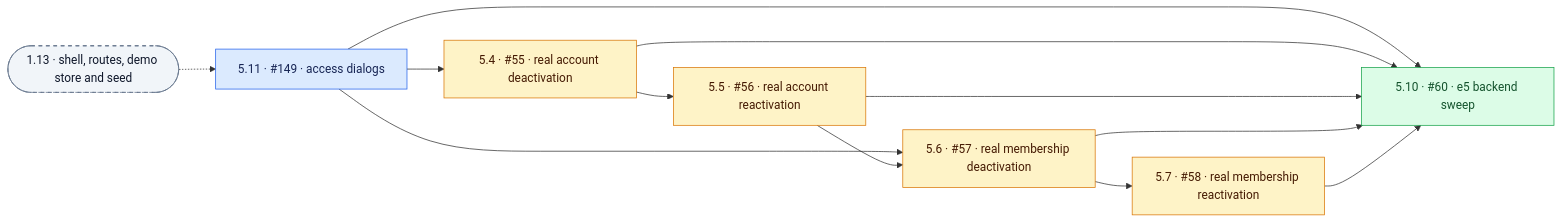
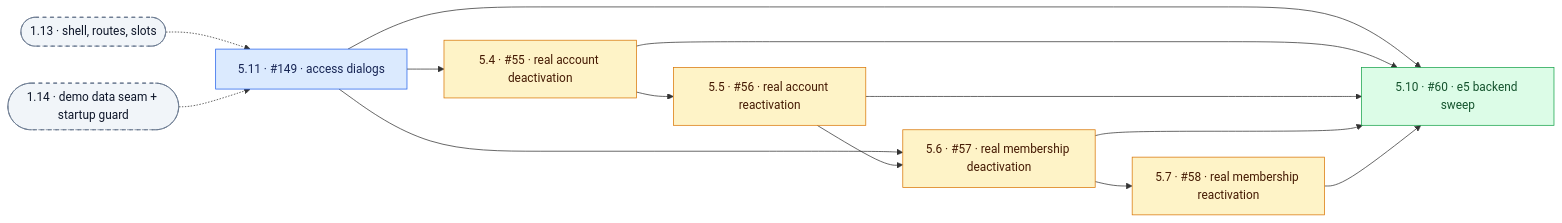
The seventh of 10 diagrams in _bmad-output/initiative-attendta/dependency-graphs-demo-first.md (skaarfundgandr/attendta), drawn with Mermaid before and after one commit. The commit also changed other lines of this file and 60 other files, not shown here.

````diff
--- a/_bmad-output/initiative-attendta/dependency-graphs-demo-first.md
+++ b/_bmad-output/initiative-attendta/dependency-graphs-demo-first.md
@@ -328,26 +358,28 @@
 ```mermaid
 flowchart LR
   t5_11["5.11 · #149 · access dialogs"]:::critical
   t5_4["5.4 · #55 · real account deactivation"]:::integration
   t5_5["5.5 · #56 · real account reactivation"]:::integration
   t5_6["5.6 · #57 · real membership deactivation"]:::integration
   t5_7["5.7 · #58 · real membership reactivation"]:::integration
   t5_10["5.10 · #60 · e5 backend sweep"]:::finale
-  xt1_13(["1.13 · shell, routes, demo store and seed"]):::ext
+  xt1_13(["1.13 · shell, routes, slots"]):::ext
+  xt1_14(["1.14 · demo data seam + startup guard"]):::ext
   xt1_13 -.-> t5_11
+  xt1_14 -.-> t5_11
   t5_11 --> t5_4
   t5_11 --> t5_6
   t5_11 --> t5_10
   t5_4 --> t5_5
   t5_4 --> t5_10
   t5_5 --> t5_6
   t5_5 --> t5_10
   t5_6 --> t5_7
   t5_6 --> t5_10
   t5_7 --> t5_10
   classDef critical fill:#dbeafe,stroke:#2563eb,color:#172554
   classDef polish fill:#ede9fe,stroke:#7c3aed,color:#2e1065
   classDef integration fill:#fef3c7,stroke:#d97706,color:#451a03
   classDef finale fill:#dcfce7,stroke:#16a34a,color:#14532d
   classDef ext fill:#f1f5f9,stroke:#64748b,color:#0f172a,stroke-dasharray:5 5
 ```
````
